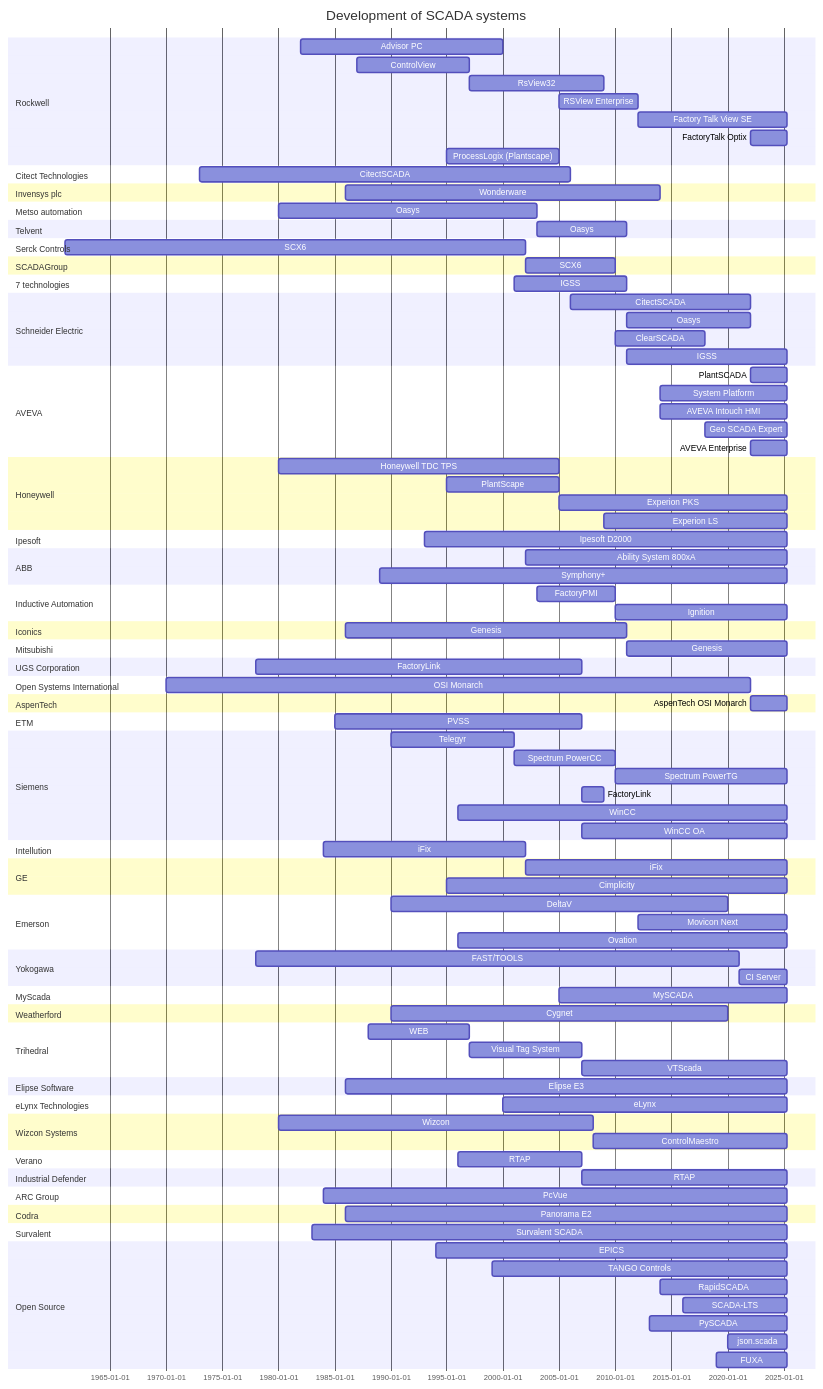
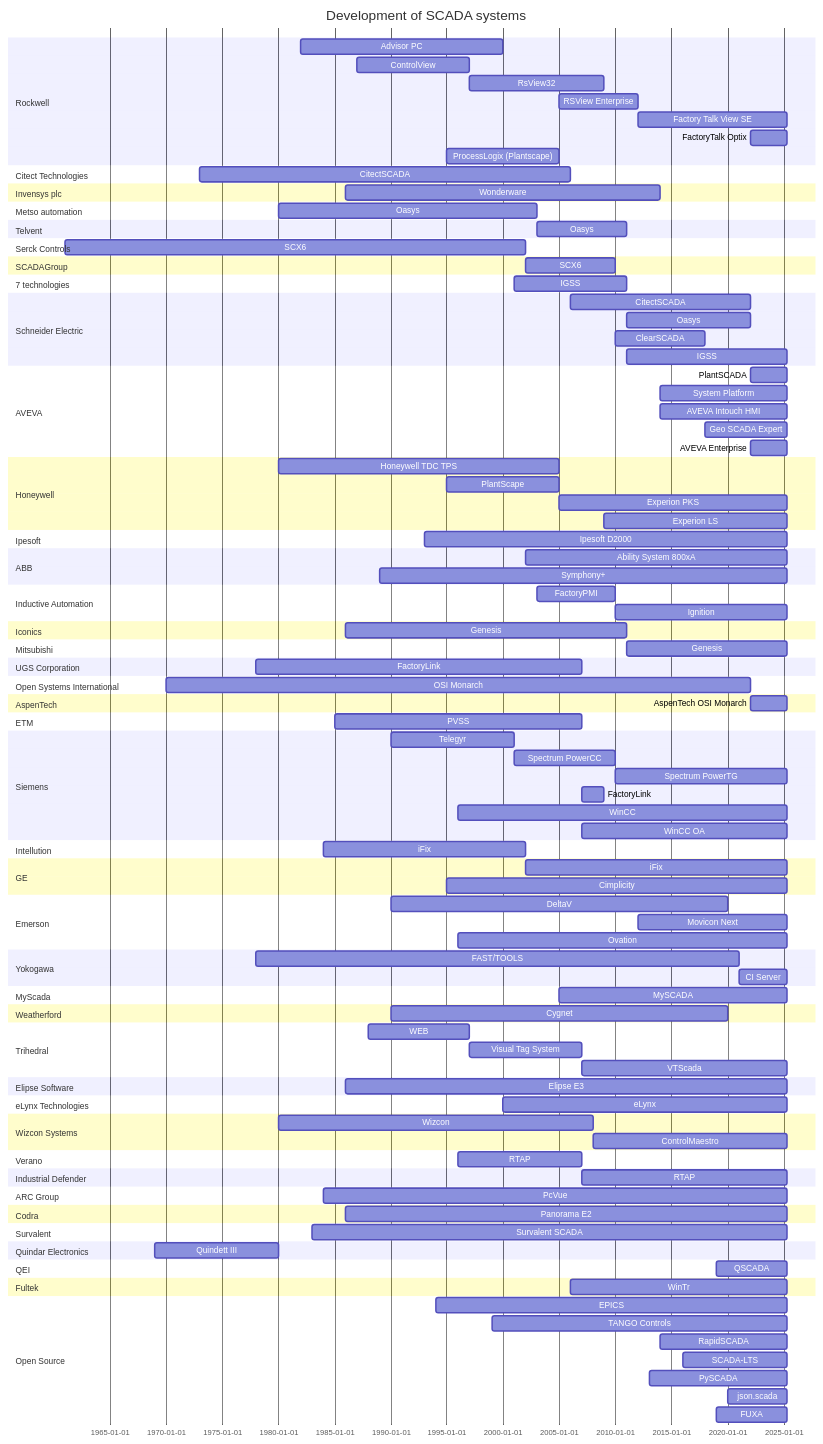
Before and after one commit to hutcheb/scada-timeline: the diagram in README.md, drawn with Mermaid.

Commit message:
feat: Add Fultek WinTr

```diff
--- a/README.md
+++ b/README.md
@@ -154,6 +154,15 @@
         %%(https://www.survalent.com/our-promise/)
         Survalent SCADA : panorama, 1983, until 2025  
         
+    section Quindar Electronics
+        %%(https://www.qeiinc.com/timeline/quindar-is-founded/)
+        Quindett III : 1969, 1980
+    section QEI
+        %%(https://www.utilitydive.com/press-release/20190701-qei-releases-qscada-windows-based-scada/)
+        QSCADA : 2019, until 2025
+    section Fultek
+        %%(https://www.fultek.com.tr/en/about/)
+        WinTr : wintr, 2006, until 2025
     section Open Source
         %%(https://en.wikipedia.org/wiki/EPICS)
         EPICS : epics, 1994, until 2025
```
